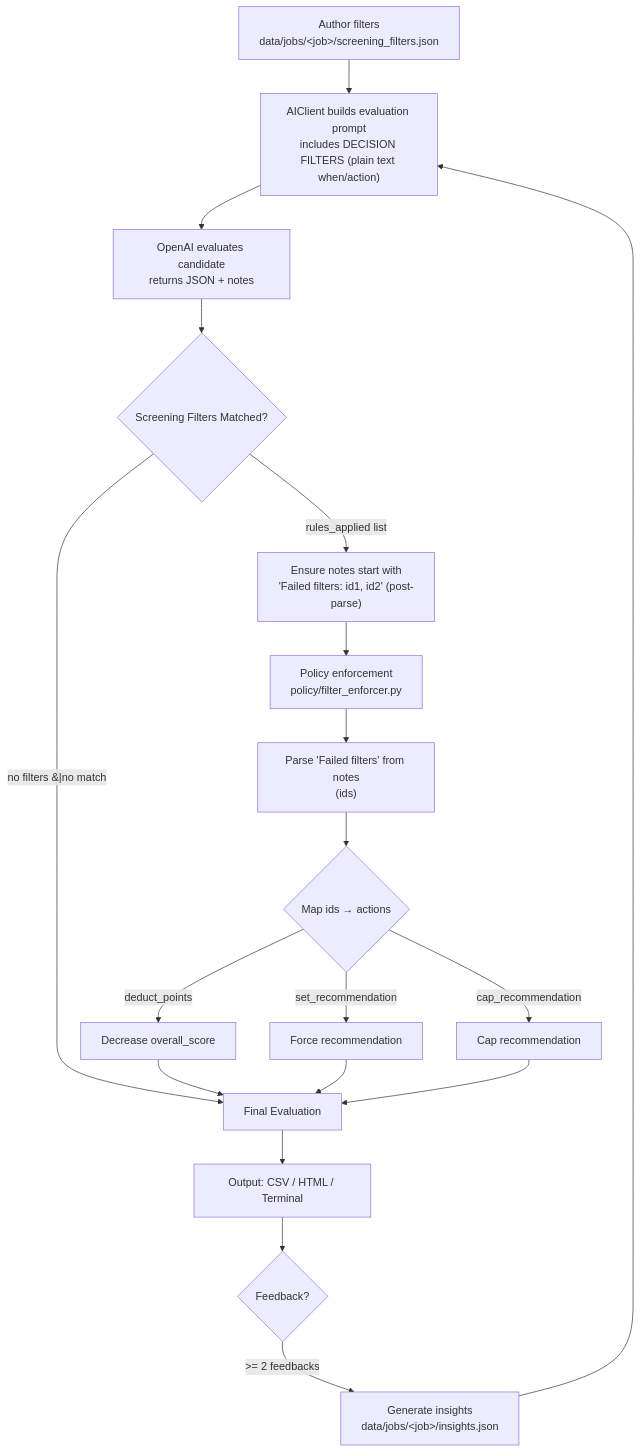
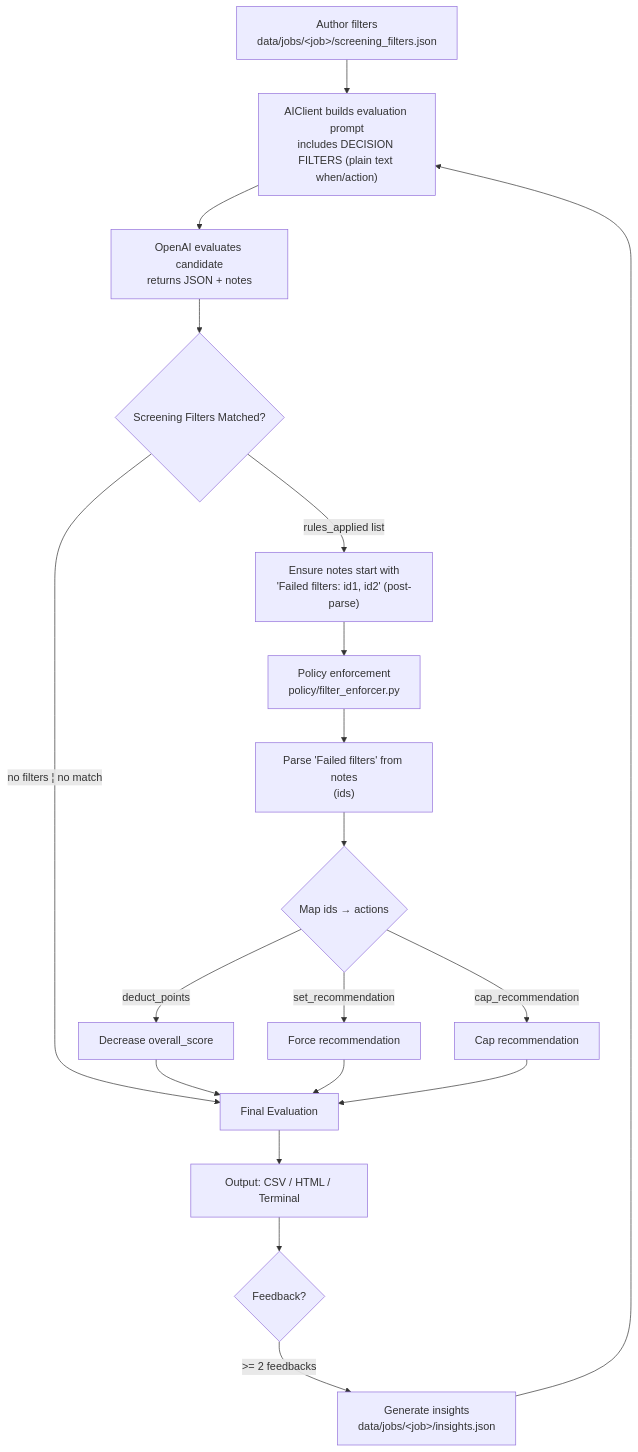
One commit to KjellKod/ai_job_candidate_reviewer changed the diagram in SCREENING_FILTERS.md. Above: the diagram before and after it, drawn with Mermaid.

````diff
--- a/SCREENING_FILTERS.md
+++ b/SCREENING_FILTERS.md
@@ -20,21 +20,21 @@
 ```mermaid
 flowchart TD
   A["Author filters<br/>data/jobs/&lt;job&gt;/screening_filters.json"] --> B["AIClient builds evaluation prompt<br/>includes DECISION FILTERS (plain text when/action)"]
   B --> C["OpenAI evaluates candidate<br/>returns JSON + notes"]
   C --> C1{"Screening Filters Matched?"}
   C1 -->|rules_applied list| C2["Ensure notes start with<br/>'Failed filters: id1, id2' (post-parse)"]
-  C1 -->|no filters &#124;no match | I
+  C1 -->|no filters ¦ no match | I
   C2 --> D["Policy enforcement<br/>policy/filter_enforcer.py"]
   D --> D1["Parse 'Failed filters' from notes<br/>(ids)"]
   D1 --> E{"Map ids → actions"}
   E -->|deduct_points| F["Decrease overall_score"]
   E -->|set_recommendation| G["Force recommendation"]
   E -->|cap_recommendation| H["Cap recommendation"]
   F --> I["Final Evaluation"]
   G --> I
   H --> I
   I --> J["Output: CSV / HTML / Terminal"]
   J --> K{"Feedback?"}
   K -->|>= 2 feedbacks| L["Generate insights<br/>data/jobs/&lt;job&gt;/insights.json"]
   L --> B
 ```
````
